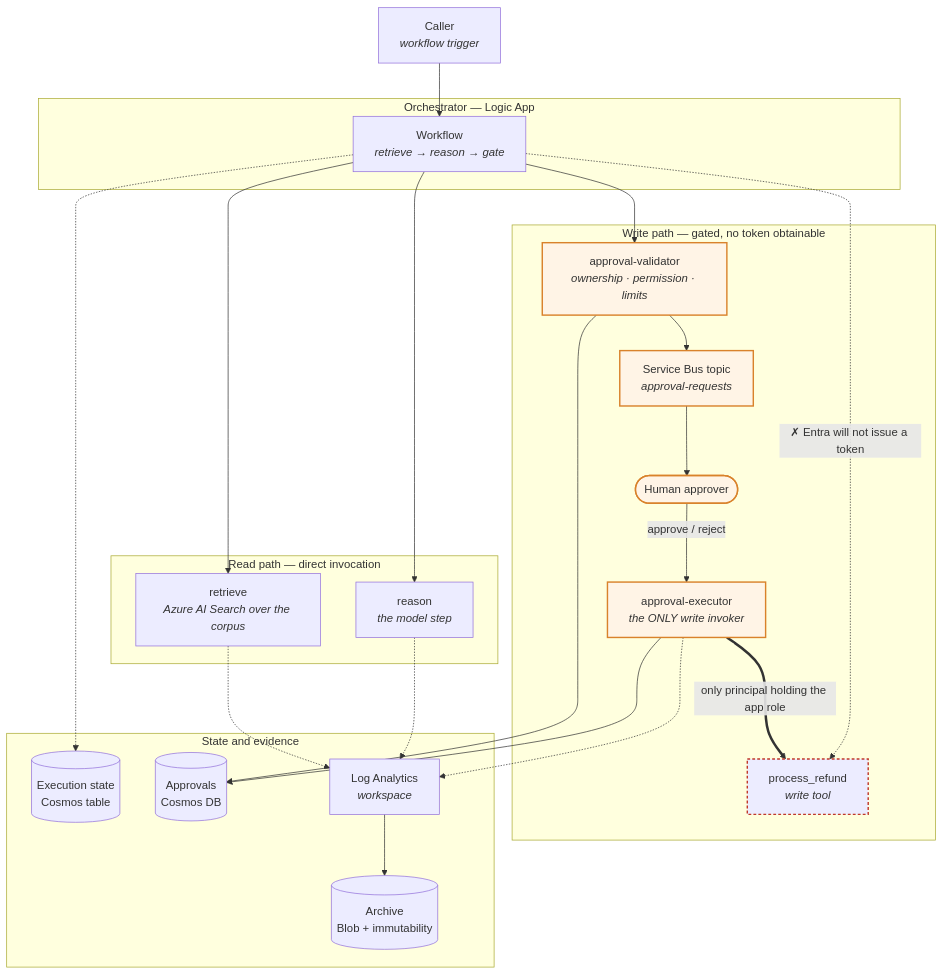
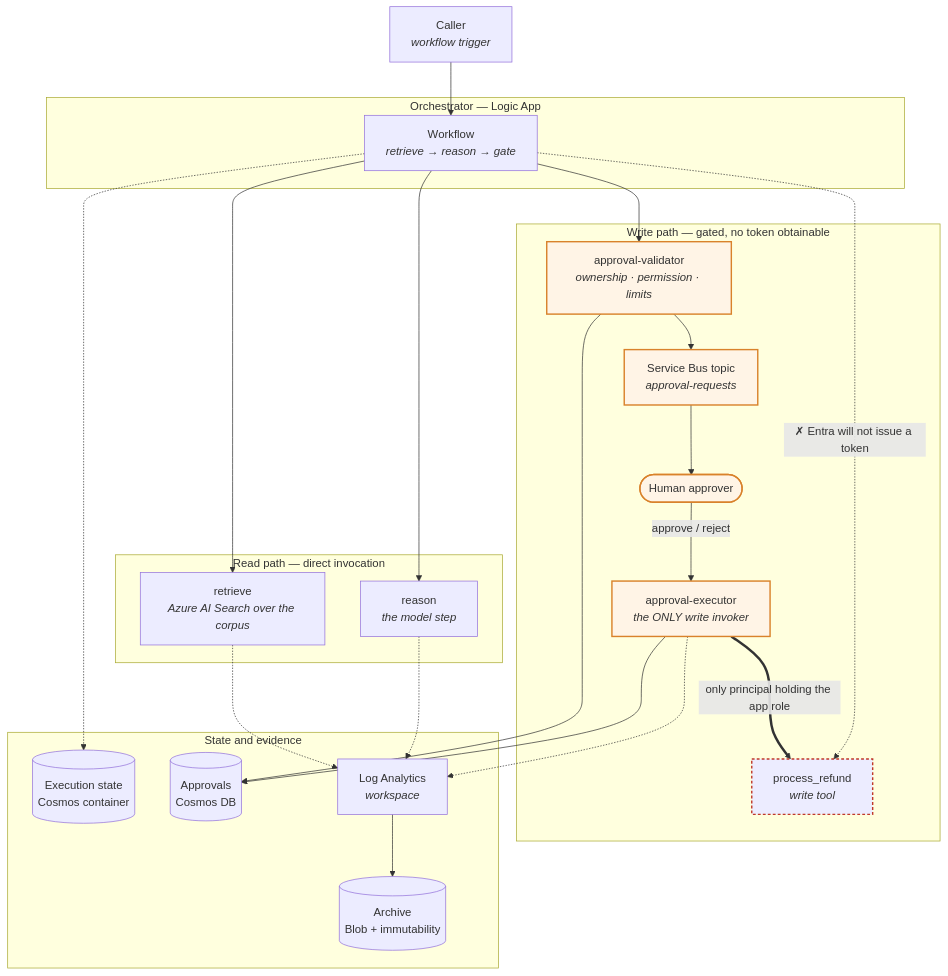
One commit to somesh-ghaturle/Agentic-AI-Systems changed the first of 6 diagrams in infra/terraform-azure/ARCHITECTURE.md. Above: the diagram before and after it, drawn with Mermaid. The commit also changed other lines of this file and 22 other files, not shown here.

````diff
--- a/infra/terraform-azure/ARCHITECTURE.md
+++ b/infra/terraform-azure/ARCHITECTURE.md
@@ -36,52 +36,52 @@
 ```mermaid
 flowchart TB
     caller["Caller<br/><i>workflow trigger</i>"]
 
     subgraph orch["Orchestrator — Logic App"]
         sm["Workflow<br/><i>retrieve → reason → gate</i>"]
     end
 
     subgraph readpath["Read path — direct invocation"]
         retrieve["retrieve<br/><i>Azure AI Search over the corpus</i>"]
         reason["reason<br/><i>the model step</i>"]
     end
 
     subgraph writepath["Write path — gated, no token obtainable"]
         validator["approval-validator<br/><i>ownership · permission · limits</i>"]
         topic["Service Bus topic<br/><i>approval-requests</i>"]
         human(["Human approver"])
         executor["approval-executor<br/><i>the ONLY write invoker</i>"]
         writetool["process_refund<br/><i>write tool</i>"]
     end
 
     subgraph data["State and evidence"]
-        tbl[("Execution state<br/>Cosmos table")]
+        tbl[("Execution state<br/>Cosmos container")]
         cosmos[("Approvals<br/>Cosmos DB")]
         law["Log Analytics<br/><i>workspace</i>"]
         archive[("Archive<br/>Blob + immutability")]
     end
 
     caller --> sm
     sm --> retrieve
     sm --> reason
     sm --> validator
     validator --> cosmos
     validator --> topic
     topic --> human
     human -->|"approve / reject"| executor
     executor --> cosmos
     executor ==>|"only principal holding the app role"| writetool
 
     sm -.-> tbl
     retrieve -.-> law
     reason -.-> law
     executor -.-> law
     law --> archive
 
     sm -.->|"✗ Entra will not issue a token"| writetool
 
     classDef gate fill:#fff4e6,stroke:#d9822b,stroke-width:2px
     classDef denied stroke:#c0392b,stroke-width:2px,stroke-dasharray:4 3
     class validator,topic,human,executor gate
     class writetool denied
 ```
````
